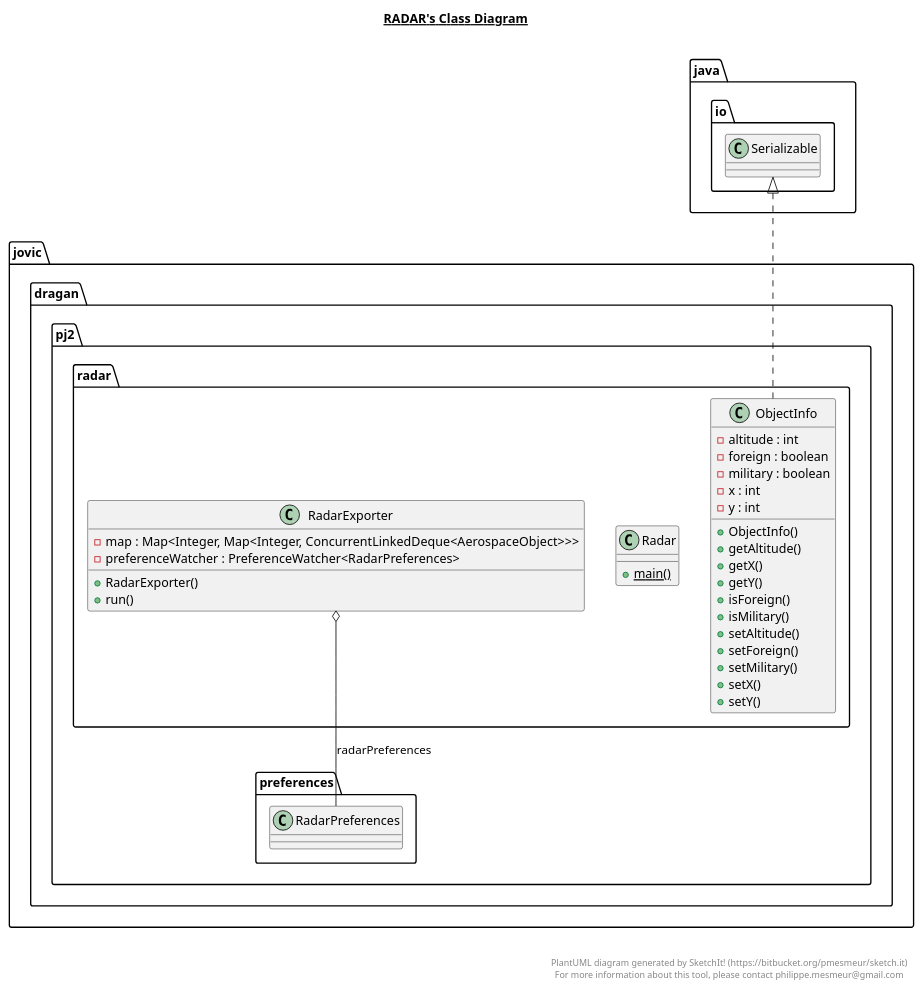
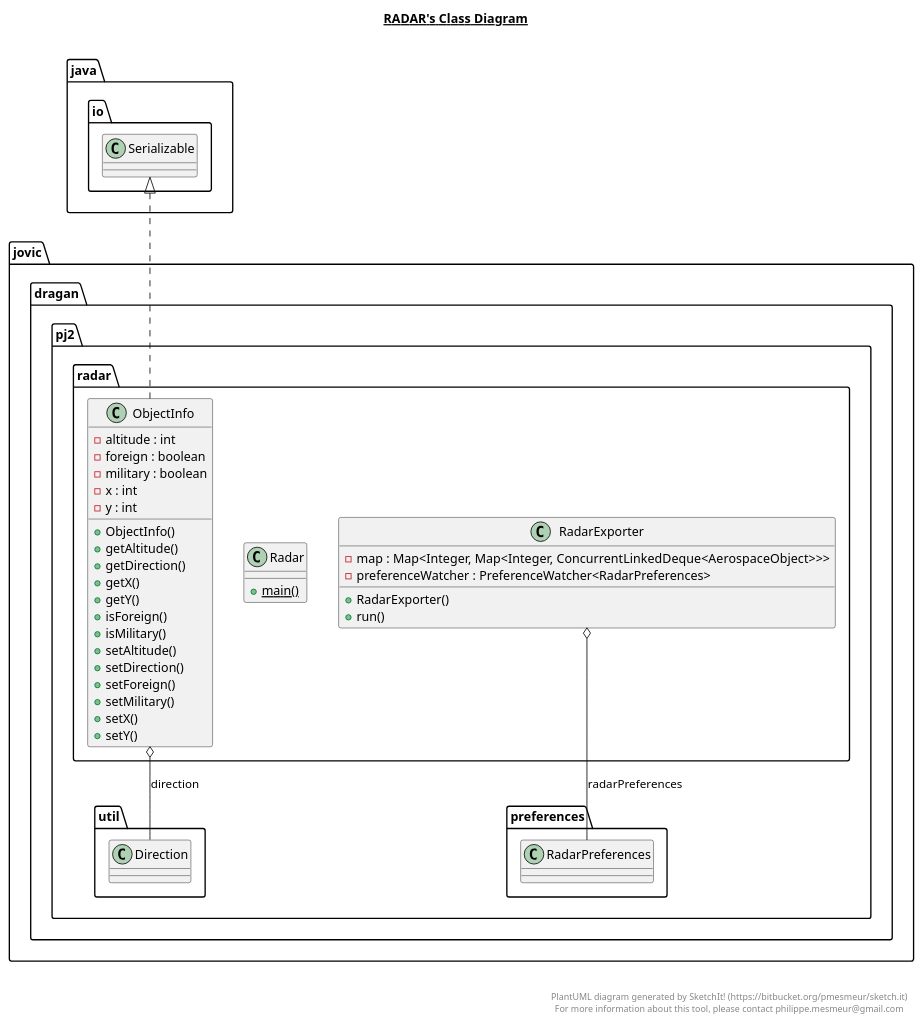
Before and after one commit to Coki32/PJ2_Projektni: the diagram in src/jovic/dragan/pj2/radar/radar.plantuml, drawn with PlantUML. The commit also changed 51 other files, not shown here.

```diff
--- a/src/jovic/dragan/pj2/radar/radar.plantuml
+++ b/src/jovic/dragan/pj2/radar/radar.plantuml
@@ -1,55 +1,58 @@
 @startuml
 
 title __RADAR's Class Diagram__\n
 
   namespace jovic.dragan.pj2.radar {
     class jovic.dragan.pj2.radar.ObjectInfo {
         - altitude : int
         - foreign : boolean
         - military : boolean
         - x : int
         - y : int
         + ObjectInfo()
         + getAltitude()
+        + getDirection()
         + getX()
         + getY()
         + isForeign()
         + isMilitary()
         + setAltitude()
+        + setDirection()
         + setForeign()
         + setMilitary()
         + setX()
         + setY()
     }
   }
   
 
   namespace jovic.dragan.pj2.radar {
     class jovic.dragan.pj2.radar.Radar {
         {static} + main()
     }
   }
   
 
   namespace jovic.dragan.pj2.radar {
     class jovic.dragan.pj2.radar.RadarExporter {
         - map : Map<Integer, Map<Integer, ConcurrentLinkedDeque<AerospaceObject>>>
         - preferenceWatcher : PreferenceWatcher<RadarPreferences>
         + RadarExporter()
         + run()
     }
   }
   
 
   jovic.dragan.pj2.radar.ObjectInfo .up.|> java.io.Serializable
+  jovic.dragan.pj2.radar.ObjectInfo o-- jovic.dragan.pj2.util.Direction : direction
   jovic.dragan.pj2.radar.RadarExporter o-- jovic.dragan.pj2.preferences.RadarPreferences : radarPreferences
 
 
 right footer
 
 
 PlantUML diagram generated by SketchIt! (https://bitbucket.org/pmesmeur/sketch.it)
 For more information about this tool, please contact philippe.mesmeur@gmail.com
 endfooter
 
 @enduml
```
